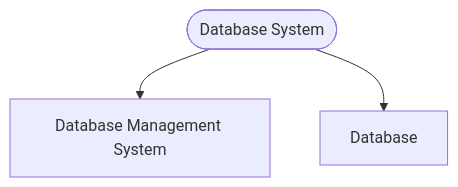
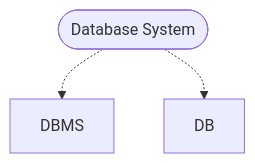
Before and after one commit to ESJiang/JR-notes: the first of 3 diagrams in Database/Database_1.md, drawn with Mermaid. The commit also changed other lines of this file and 2 other files, not shown here.

Commit message:
final Database_1.md

````diff
--- a/Database/Database_1.md
+++ b/Database/Database_1.md
@@ -35,5 +37,5 @@
 ```mermaid
 graph TB;
-    a(["Database System"])-->b["Database Management System"];
-    a --> c["Database"]
+    a(["Database System"])-.->b["DBMS"];
+    a -.-> c["DB"]
 ```
````
